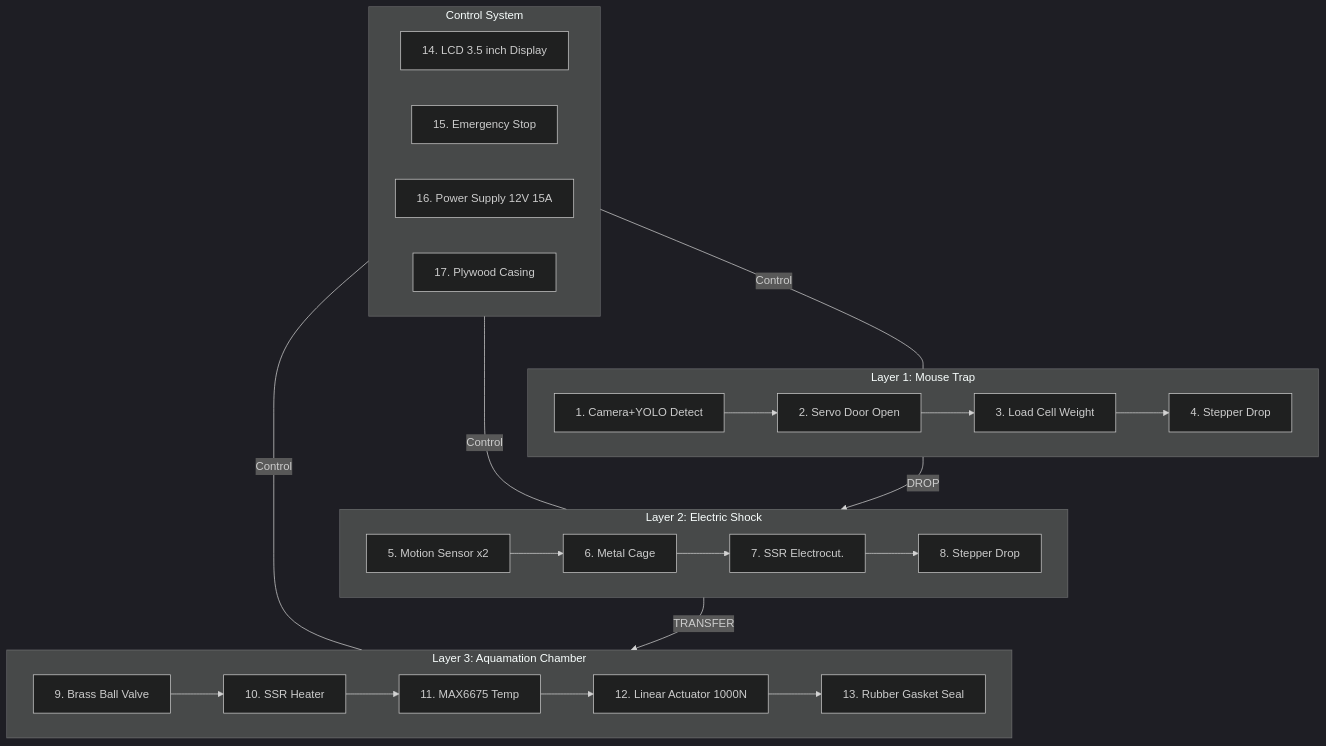
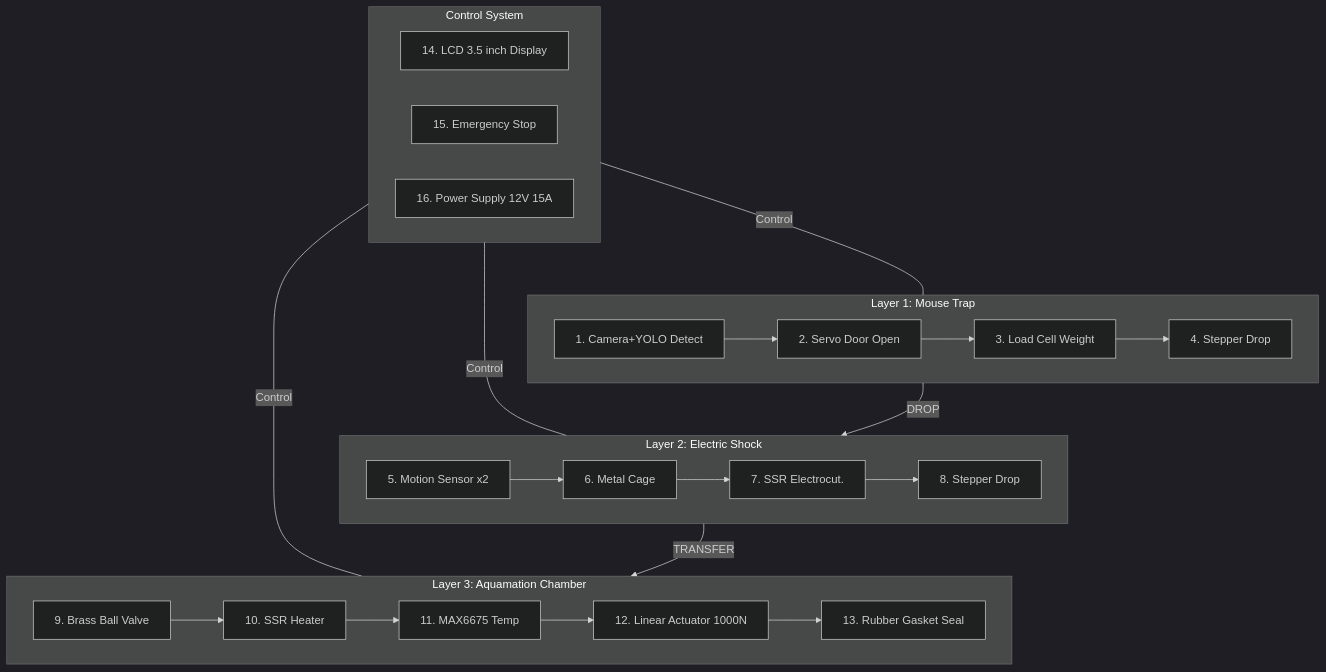
The diagram in block_diagram.md (qppd/automatic-aquamation-machine), drawn with Mermaid (dark theme) before and after one commit. The commit also changed other lines of this file, not shown here.

Commit message:
Remove plywood casing from block diagram

````diff
--- a/block_diagram.md
+++ b/block_diagram.md
@@ -3,39 +3,38 @@
 ```mermaid
 flowchart TD
     subgraph L1["Layer 1: Mouse Trap"]
         direction LR
         A["1. Camera+YOLO Detect"] --> B["2. Servo Door Open"]
         B --> C["3. Load Cell Weight"]
         C --> D["4. Stepper Drop"]
     end
     
     subgraph L2["Layer 2: Electric Shock"]
         direction LR
         E["5. Motion Sensor x2"] --> F["6. Metal Cage"]
         F --> G["7. SSR Electrocut."]
         G --> H["8. Stepper Drop"]
     end
     
     subgraph L3["Layer 3: Aquamation Chamber"]
         direction LR
         I["9. Brass Ball Valve"] --> J["10. SSR Heater"]
         J --> K["11. MAX6675 Temp"]
         K --> L["12. Linear Actuator 1000N"]
         L --> M["13. Rubber Gasket Seal"]
     end
     
     D -- "DROP" --> E
     H -- "TRANSFER" --> I
     
     subgraph CTRL["Control System"]
         direction LR
         N["14. LCD 3.5 inch Display"]
         O["15. Emergency Stop"]
         P["16. Power Supply 12V 15A"]
-        Q["17. Plywood Casing"]
     end
     
     CTRL ---|"Control"| L1
     CTRL ---|"Control"| L2
     CTRL ---|"Control"| L3
 ```
````
